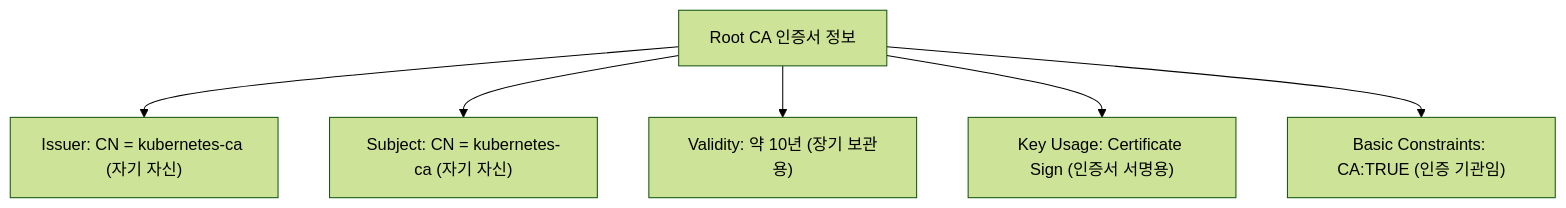
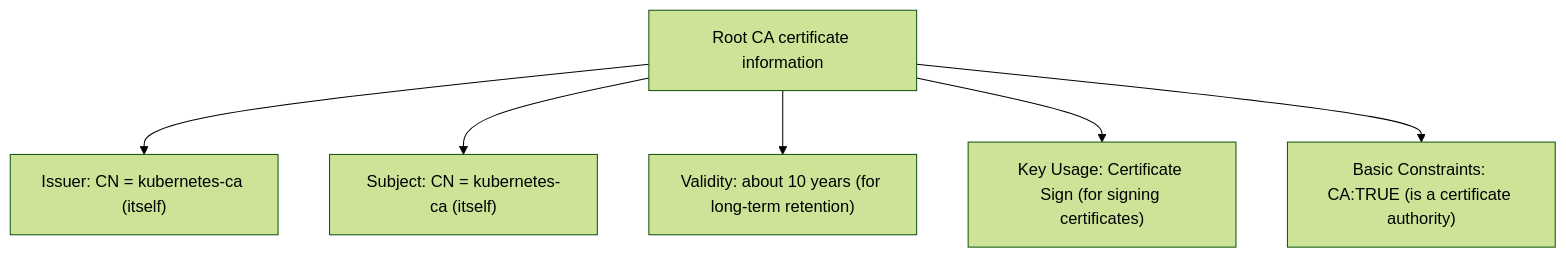
The diagram in content/security/03-operation/26-inspect-cert-info-1.md (jeonck/k8s-adv), drawn with Mermaid (forest theme) before and after one commit. The commit also changed other lines of this file and 223 other files, not shown here.

````diff
--- a/content/security/03-operation/26-inspect-cert-info-1.md
+++ b/content/security/03-operation/26-inspect-cert-info-1.md
@@ -33,9 +33,9 @@
 ```mermaid
 graph TD
-    CA[Root CA 인증서 정보]
-    CA --> Issuer["Issuer: CN = kubernetes-ca (자기 자신)"]
-    CA --> Subject["Subject: CN = kubernetes-ca (자기 자신)"]
-    CA --> Validity["Validity: 약 10년 (장기 보관용)"]
-    CA --> Usage["Key Usage: Certificate Sign (인증서 서명용)"]
-    CA --> Basic["Basic Constraints: CA:TRUE (인증 기관임)"]
+    CA[Root CA certificate information]
+    CA --> Issuer["Issuer: CN = kubernetes-ca (itself)"]
+    CA --> Subject["Subject: CN = kubernetes-ca (itself)"]
+    CA --> Validity["Validity: about 10 years (for long-term retention)"]
+    CA --> Usage["Key Usage: Certificate Sign (for signing certificates)"]
+    CA --> Basic["Basic Constraints: CA:TRUE (is a certificate authority)"]
 ```
````
